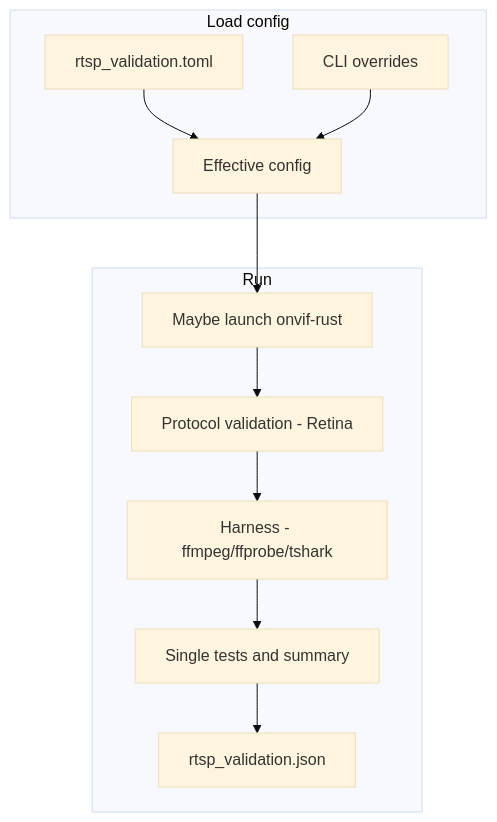
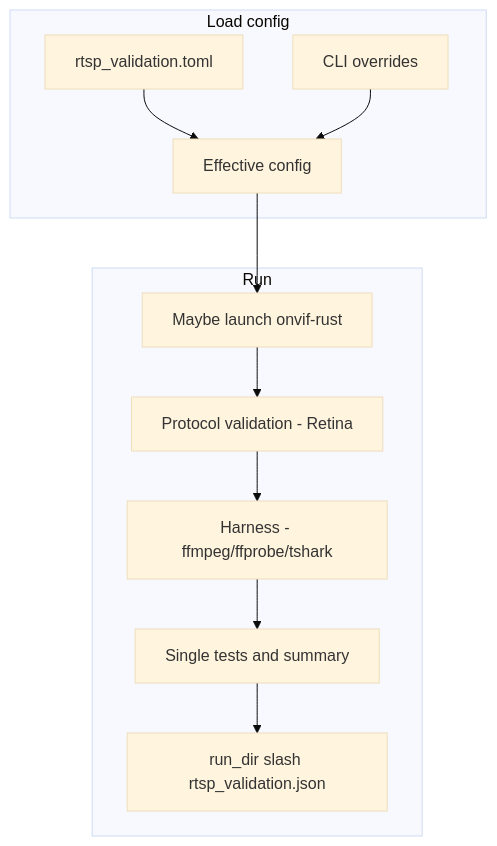
Before and after one commit to kkrzysztofik/Anyka_ak3918_hacking_journey: the diagram in validation/RTSP_VALIDATION_README.md, drawn with Mermaid (base theme). The commit also changed other lines of this file and 7 other files, not shown here.

Commit message:
feat(validation): add rust-analyzer configuration and enhance RTSP validation tool documentation

````diff
--- a/validation/RTSP_VALIDATION_README.md
+++ b/validation/RTSP_VALIDATION_README.md
@@ -15,23 +15,23 @@
 ```mermaid
 flowchart TD
   subgraph load [Load config]
     TOML[rtsp_validation.toml]
     CLI[CLI overrides]
     Config[Effective config]
   end
   TOML --> Config
   CLI --> Config
 
   subgraph run [Run]
     Launch[Maybe launch onvif-rust]
     Proto[Protocol validation - Retina]
     Harness[Harness - ffmpeg/ffprobe/tshark]
     Merge[Single tests and summary]
-    Write[rtsp_validation.json]
+    Write[run_dir slash rtsp_validation.json]
   end
   Config --> Launch
   Launch --> Proto
   Proto --> Harness
   Harness --> Merge
   Merge --> Write
 ```
````
